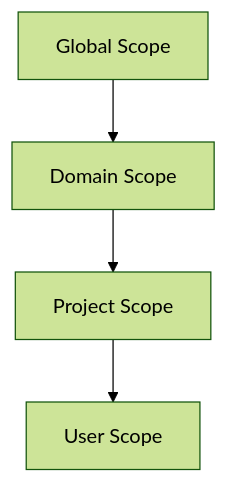
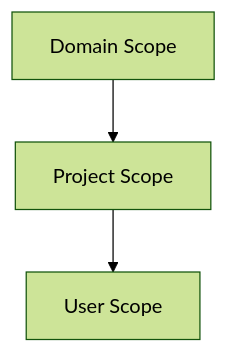
The second of 4 diagrams in proposals/BEP-1012-RBAC.md (lablup/backend.ai), drawn with Mermaid (forest theme) before and after one commit. The commit also changed other lines of this file and 6 other files, not shown here.

Commit message:
docs(BA-5677): redesign RBAC role-scope binding and deprecate global scope (#10977)

````diff
--- a/proposals/BEP-1012-RBAC.md
+++ b/proposals/BEP-1012-RBAC.md
@@ -262,6 +266,5 @@
 ```mermaid
 graph TD
-    A[Global Scope] --> B[Domain Scope]
-    B --> C[Project Scope]
+    B[Domain Scope] --> C[Project Scope]
     C --> D[User Scope]
 ```
````
